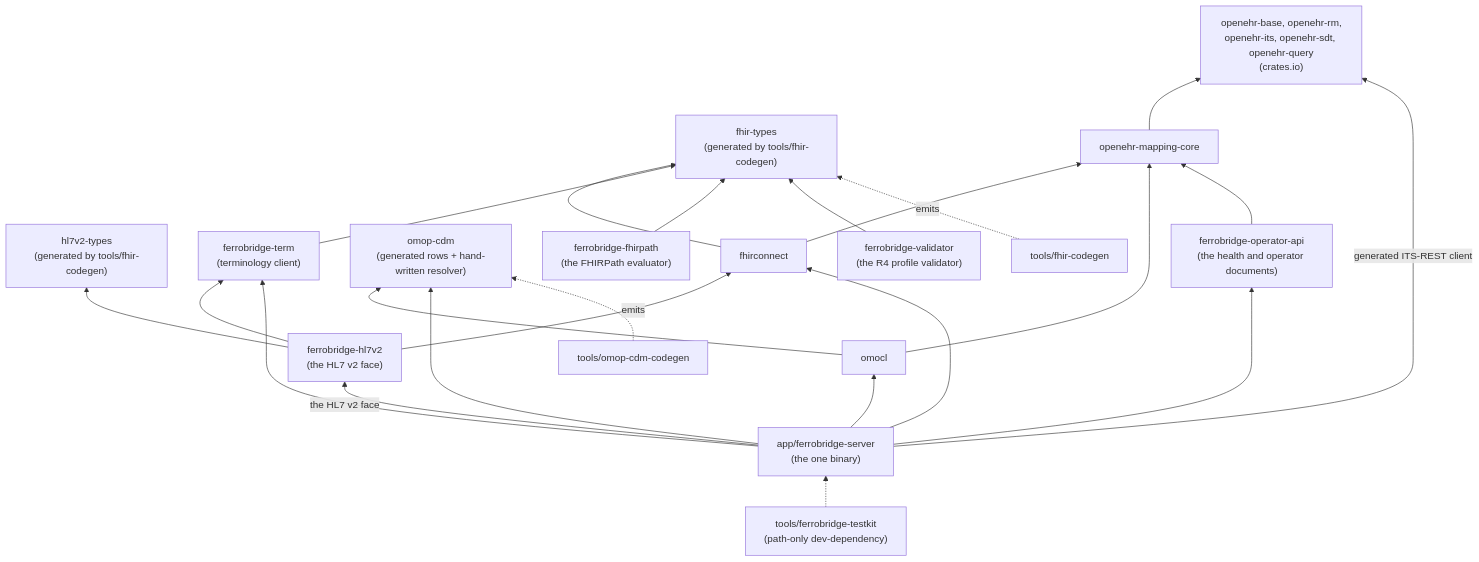
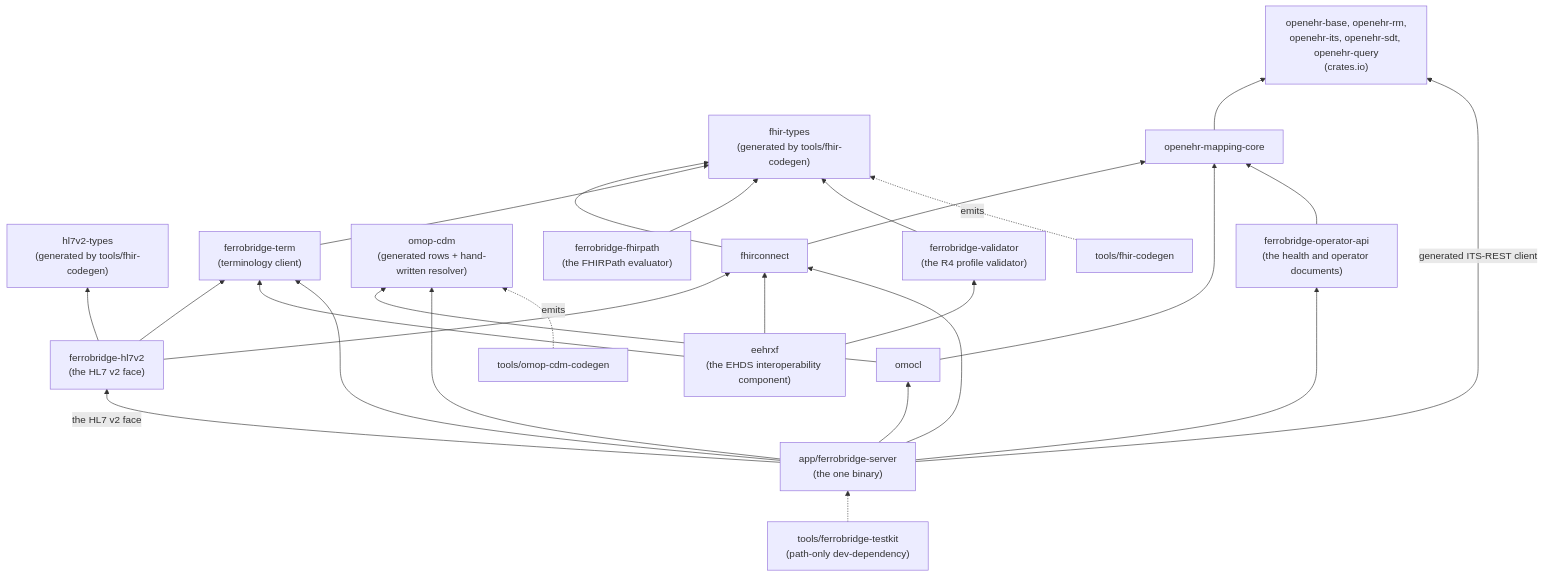
Before and after one commit to FerroHEALTH/FerroBRIDGE: the eighth of 10 diagrams in docs/architecture.md, drawn with Mermaid. The commit also changed other lines of this file and 154 other files, not shown here.

First line of the commit message:
refactor(eehrxf): take in the interoperability component from FerroFED, on the crate line at 0.1.128 (#1320)

````diff
--- a/docs/architecture.md
+++ b/docs/architecture.md
@@ -2068,29 +2069,32 @@
 ```mermaid
 flowchart BT
     FT["fhir-types<br/>(generated by tools/fhir-codegen)"]
     HV["hl7v2-types<br/>(generated by tools/fhir-codegen)"]
     OE["openehr-base, openehr-rm,<br/>openehr-its, openehr-sdt, openehr-query<br/>(crates.io)"]
     MC["openehr-mapping-core"] --> OE
     FC["fhirconnect"] --> MC
     FC --> FT
     OM["omocl"] --> MC
     OC["omop-cdm<br/>(generated rows + hand-written resolver)"]
     OM --> OC
     TC["ferrobridge-term<br/>(terminology client)"] --> FT
     HL["ferrobridge-hl7v2<br/>(the HL7 v2 face)"] --> HV
     HL --> FC
     HL --> TC
     FP["ferrobridge-fhirpath<br/>(the FHIRPath evaluator)"] --> FT
     VA["ferrobridge-validator<br/>(the R4 profile validator)"] --> FT
+    EX["eehrxf<br/>(the EHDS interoperability component)"] --> FC
+    EX --> VA
+    EX --> TC
     OA["ferrobridge-operator-api<br/>(the health and operator documents)"] --> MC
     SV["app/ferrobridge-server<br/>(the one binary)"] --> FC
     SV --> OM
     SV --> OC
     SV -->|"generated ITS-REST client"| OE
     SV --> TC
     SV -->|"the HL7 v2 face"| HL
     SV --> OA
     TK["tools/ferrobridge-testkit<br/>(path-only dev-dependency)"] -.-> SV
     CG["tools/fhir-codegen"] -.->|"emits"| FT
     OG["tools/omop-cdm-codegen"] -.->|"emits"| OC
 ```
````
